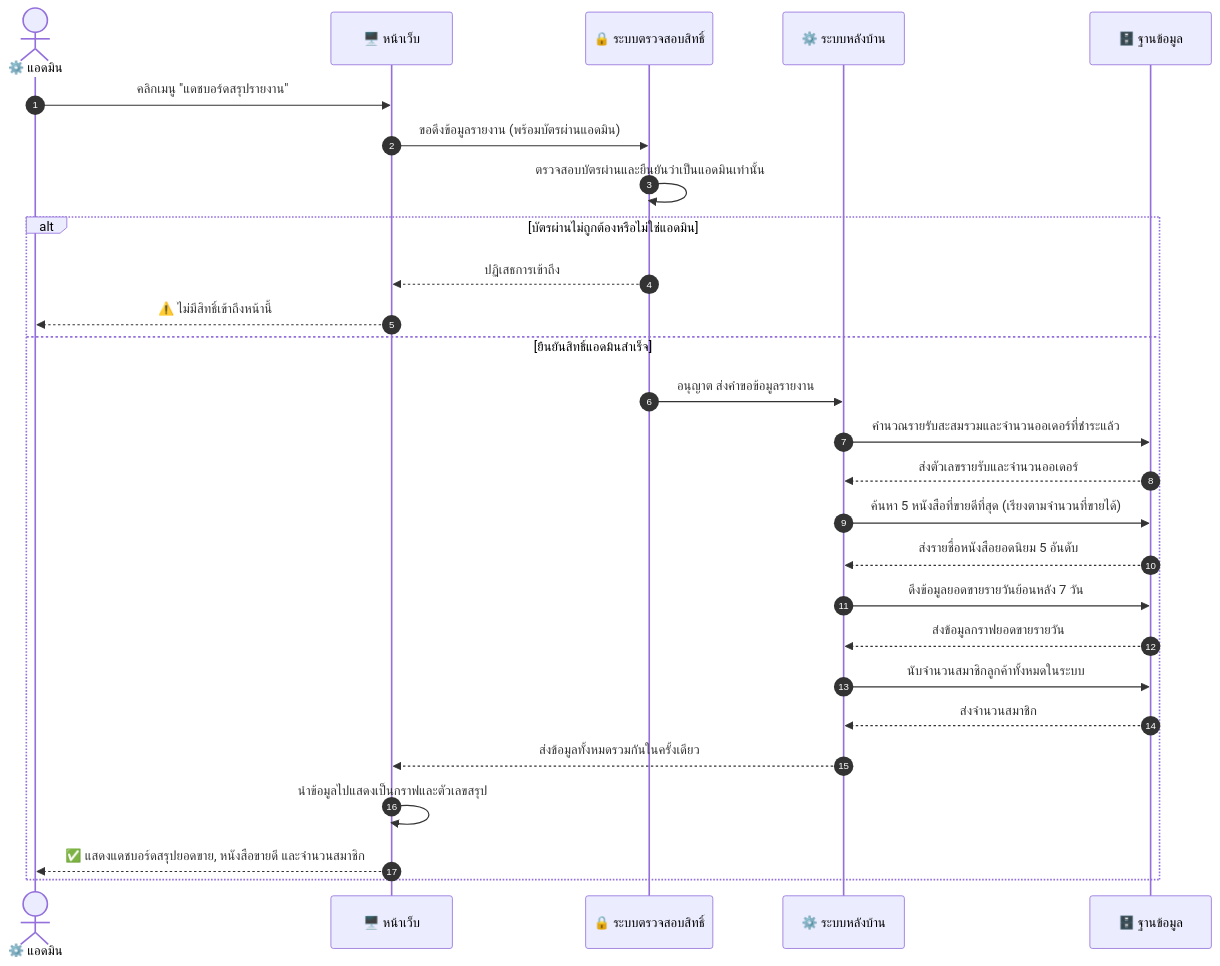
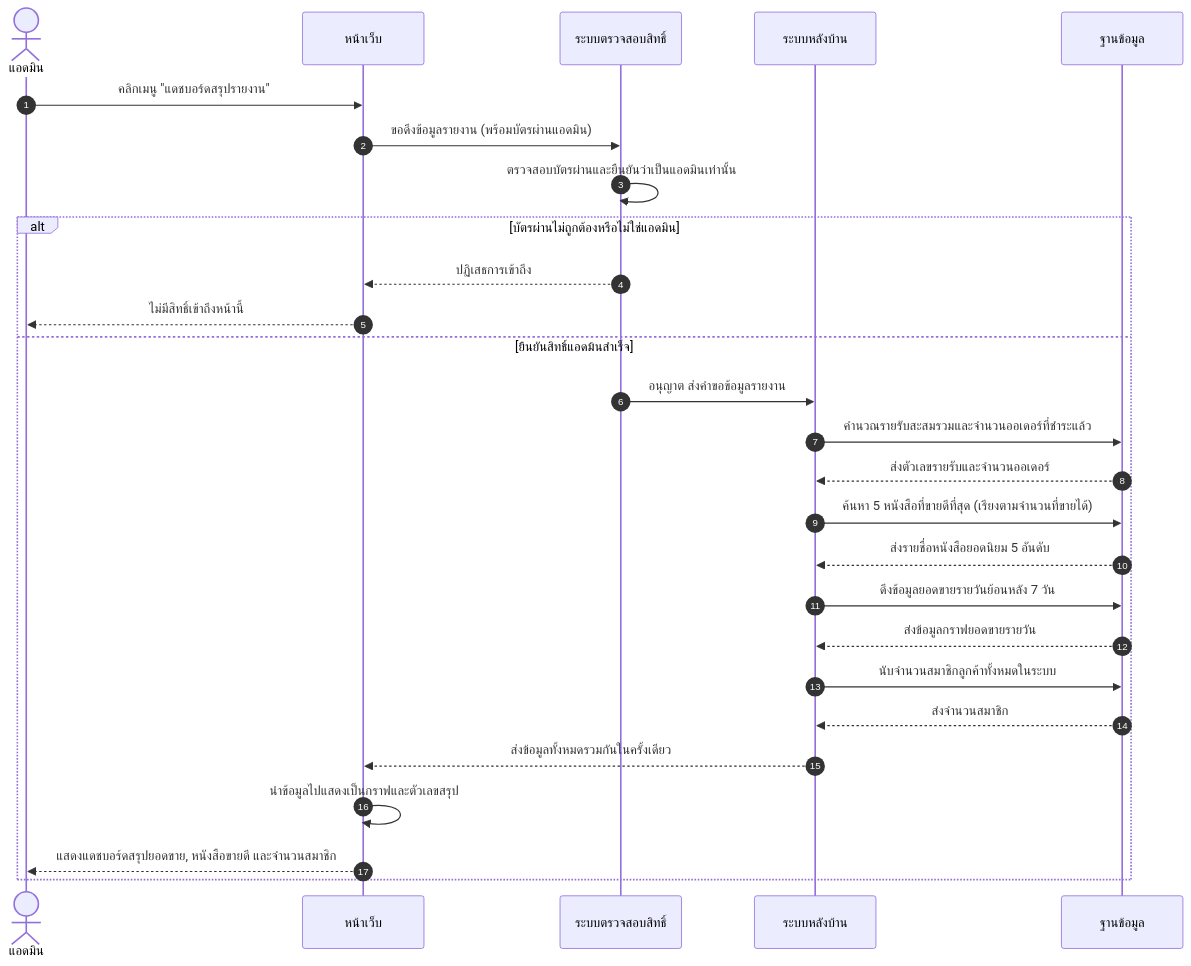
Before and after one commit to SupvichSpuGM/online-bookstore: diagram 11 of 15 in diagram/Diagram.md, drawn with Mermaid. The commit also changed other lines of this file and 1 other file, not shown here.

````diff
--- a/diagram/Diagram.md
+++ b/diagram/Diagram.md
@@ -650,30 +663,30 @@
 ```mermaid
 sequenceDiagram
-    autonumber
-    actor Admin as ⚙️ แอดมิน
-    participant Web as 🖥️ หน้าเว็บ
-    participant Guard as 🔒 ระบบตรวจสอบสิทธิ์
-    participant App as ⚙️ ระบบหลังบ้าน
-    participant DB as 🗄️ ฐานข้อมูล
+  autonumber
+  actor Admin as แอดมิน
+  participant Web as หน้าเว็บ
+  participant Guard as ระบบตรวจสอบสิทธิ์
+  participant App as ระบบหลังบ้าน
+  participant DB as ฐานข้อมูล
 
-    Admin->>Web: คลิกเมนู "แดชบอร์ดสรุปรายงาน"
-    Web->>Guard: ขอดึงข้อมูลรายงาน (พร้อมบัตรผ่านแอดมิน)
-    Guard->>Guard: ตรวจสอบบัตรผ่านและยืนยันว่าเป็นแอดมินเท่านั้น
-    alt บัตรผ่านไม่ถูกต้องหรือไม่ใช่แอดมิน
-        Guard-->>Web: ปฏิเสธการเข้าถึง
-        Web-->>Admin: ⚠️ ไม่มีสิทธิ์เข้าถึงหน้านี้
-    else ยืนยันสิทธิ์แอดมินสำเร็จ
-        Guard->>App: อนุญาต ส่งคำขอข้อมูลรายงาน
-        App->>DB: คำนวณรายรับสะสมรวมและจำนวนออเดอร์ที่ชำระแล้ว
-        DB-->>App: ส่งตัวเลขรายรับและจำนวนออเดอร์
-        App->>DB: ค้นหา 5 หนังสือที่ขายดีที่สุด (เรียงตามจำนวนที่ขายได้)
-        DB-->>App: ส่งรายชื่อหนังสือยอดนิยม 5 อันดับ
-        App->>DB: ดึงข้อมูลยอดขายรายวันย้อนหลัง 7 วัน
-        DB-->>App: ส่งข้อมูลกราฟยอดขายรายวัน
-        App->>DB: นับจำนวนสมาชิกลูกค้าทั้งหมดในระบบ
-        DB-->>App: ส่งจำนวนสมาชิก
-        App-->>Web: ส่งข้อมูลทั้งหมดรวมกันในครั้งเดียว
-        Web->>Web: นำข้อมูลไปแสดงเป็นกราฟและตัวเลขสรุป
-        Web-->>Admin: ✅ แสดงแดชบอร์ดสรุปยอดขาย, หนังสือขายดี และจำนวนสมาชิก
-    end
+  Admin->>Web: คลิกเมนู "แดชบอร์ดสรุปรายงาน"
+  Web->>Guard: ขอดึงข้อมูลรายงาน (พร้อมบัตรผ่านแอดมิน)
+  Guard->>Guard: ตรวจสอบบัตรผ่านและยืนยันว่าเป็นแอดมินเท่านั้น
+  alt บัตรผ่านไม่ถูกต้องหรือไม่ใช่แอดมิน
+    Guard-->>Web: ปฏิเสธการเข้าถึง
+    Web-->>Admin: ไม่มีสิทธิ์เข้าถึงหน้านี้
+  else ยืนยันสิทธิ์แอดมินสำเร็จ
+    Guard->>App: อนุญาต ส่งคำขอข้อมูลรายงาน
+    App->>DB: คำนวณรายรับสะสมรวมและจำนวนออเดอร์ที่ชำระแล้ว
+    DB-->>App: ส่งตัวเลขรายรับและจำนวนออเดอร์
+    App->>DB: ค้นหา 5 หนังสือที่ขายดีที่สุด (เรียงตามจำนวนที่ขายได้)
+    DB-->>App: ส่งรายชื่อหนังสือยอดนิยม 5 อันดับ
+    App->>DB: ดึงข้อมูลยอดขายรายวันย้อนหลัง 7 วัน
+    DB-->>App: ส่งข้อมูลกราฟยอดขายรายวัน
+    App->>DB: นับจำนวนสมาชิกลูกค้าทั้งหมดในระบบ
+    DB-->>App: ส่งจำนวนสมาชิก
+    App-->>Web: ส่งข้อมูลทั้งหมดรวมกันในครั้งเดียว
+    Web->>Web: นำข้อมูลไปแสดงเป็นกราฟและตัวเลขสรุป
+    Web-->>Admin: แสดงแดชบอร์ดสรุปยอดขาย, หนังสือขายดี และจำนวนสมาชิก
+  end
 ```
````
